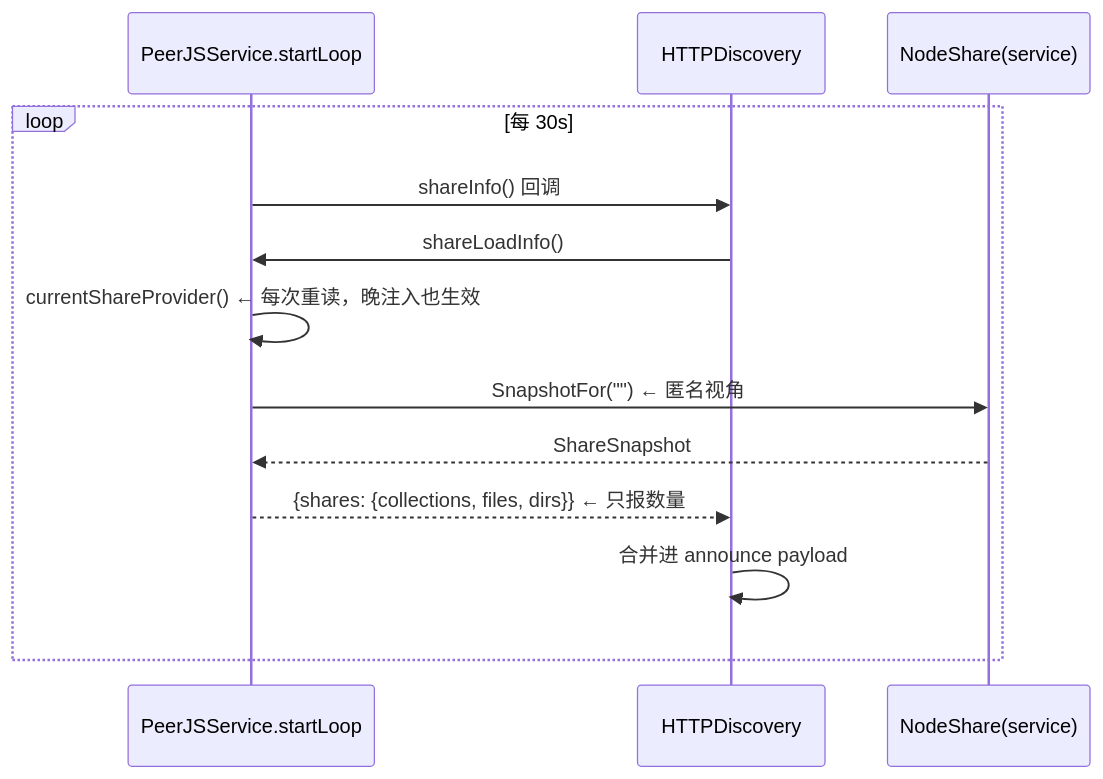
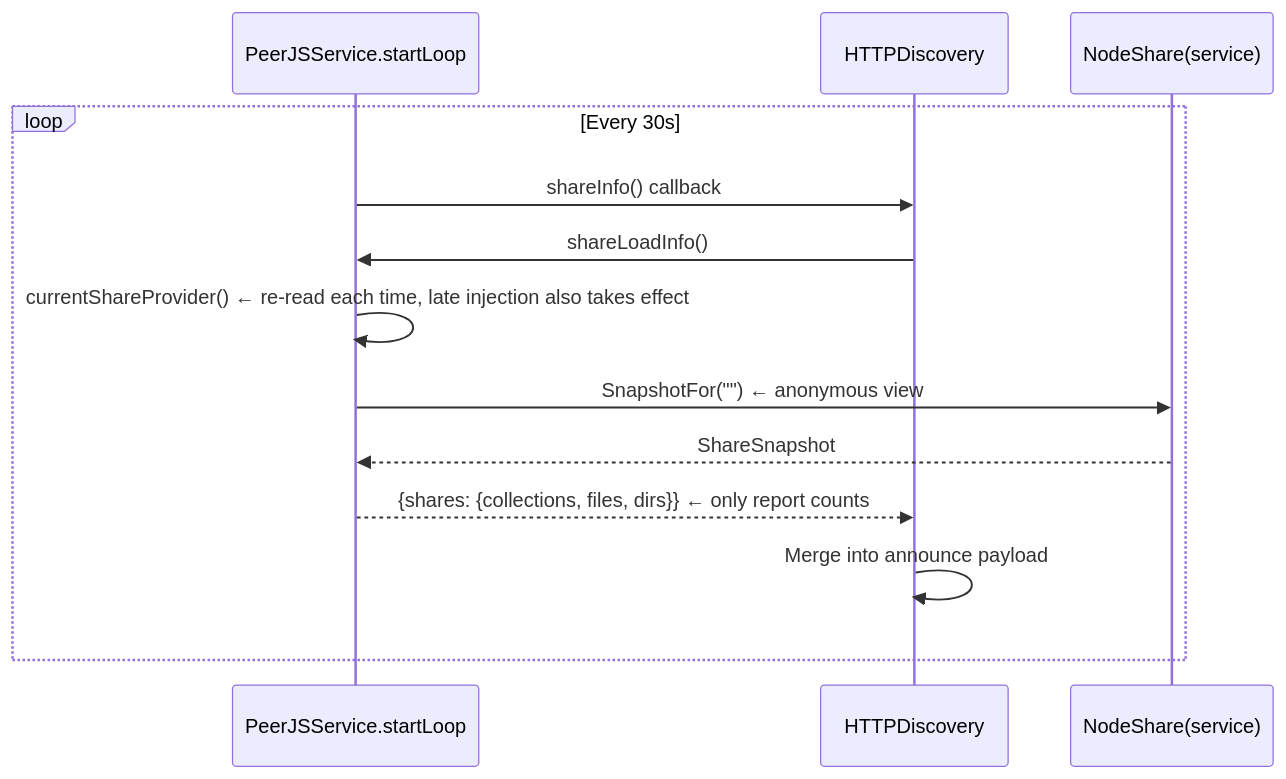
Before and after one commit to Hana-ame/peerdrive: the fifth of 6 diagrams in doc/design/connections/06-service-transport.md, drawn with Mermaid. The commit also changed other lines of this file and 357 other files, not shown here.

````diff
--- a/doc/design/connections/06-service-transport.md
+++ b/doc/design/connections/06-service-transport.md
@@ -172,16 +172,16 @@
 ```mermaid
 sequenceDiagram
     participant T as PeerJSService.startLoop
     participant HD as HTTPDiscovery
     participant NS as NodeShare(service)
 
-    loop 每 30s
-        T->>HD: shareInfo() 回调
+    loop Every 30s
+        T->>HD: shareInfo() callback
         HD->>T: shareLoadInfo()
-        T->>T: currentShareProvider()   ← 每次重读，晚注入也生效
-        T->>NS: SnapshotFor("")   ← 匿名视角
+        T->>T: currentShareProvider()   ← re-read each time, late injection also takes effect
+        T->>NS: SnapshotFor("")   ← anonymous view
         NS-->>T: ShareSnapshot
-        T-->>HD: {shares: {collections, files, dirs}}  ← 只报数量
-        HD->>HD: 合并进 announce payload
+        T-->>HD: {shares: {collections, files, dirs}}  ← only report counts
+        HD->>HD: Merge into announce payload
     end
 ```
````
